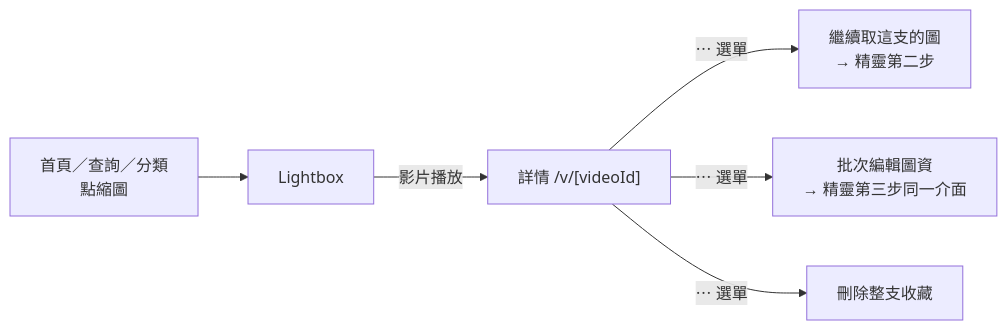
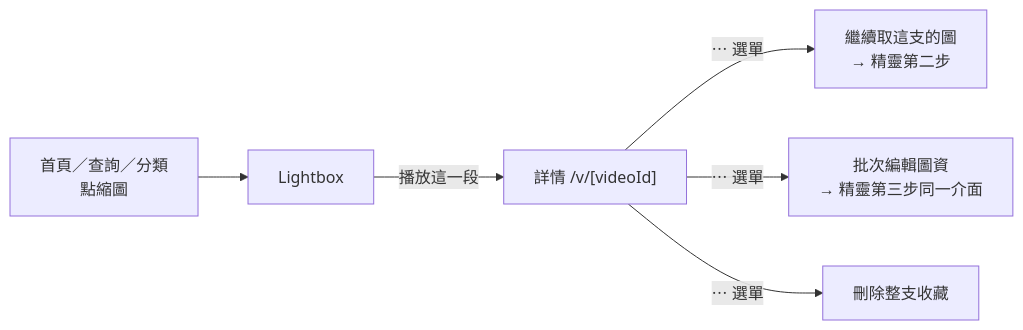
The sixth of 6 diagrams in docs/superpowers/specs/2026-08-27-yt-space-shot-design.md (ScottChayaa/yt-space), drawn with Mermaid before and after one commit. The commit also changed other lines of this file and 7 other files, not shown here.

````diff
--- a/docs/superpowers/specs/2026-08-27-yt-space-shot-design.md
+++ b/docs/superpowers/specs/2026-08-27-yt-space-shot-design.md
@@ -755,7 +796,7 @@
 ```mermaid
 flowchart LR
-    H["首頁／查詢／分類<br/>點縮圖"] --> LB["Lightbox"] -->|影片播放| V["詳情 /v/[videoId]"]
+    H["首頁／查詢／分類<br/>點縮圖"] --> LB["Lightbox"] -->|播放這一段| V["詳情 /v/[videoId]"]
     V -->|⋯ 選單| A["繼續取這支的圖<br/>→ 精靈第二步"]
     V -->|⋯ 選單| B["批次編輯圖資<br/>→ 精靈第三步同一介面"]
     V -->|⋯ 選單| C["刪除整支收藏"]
 ```
````
